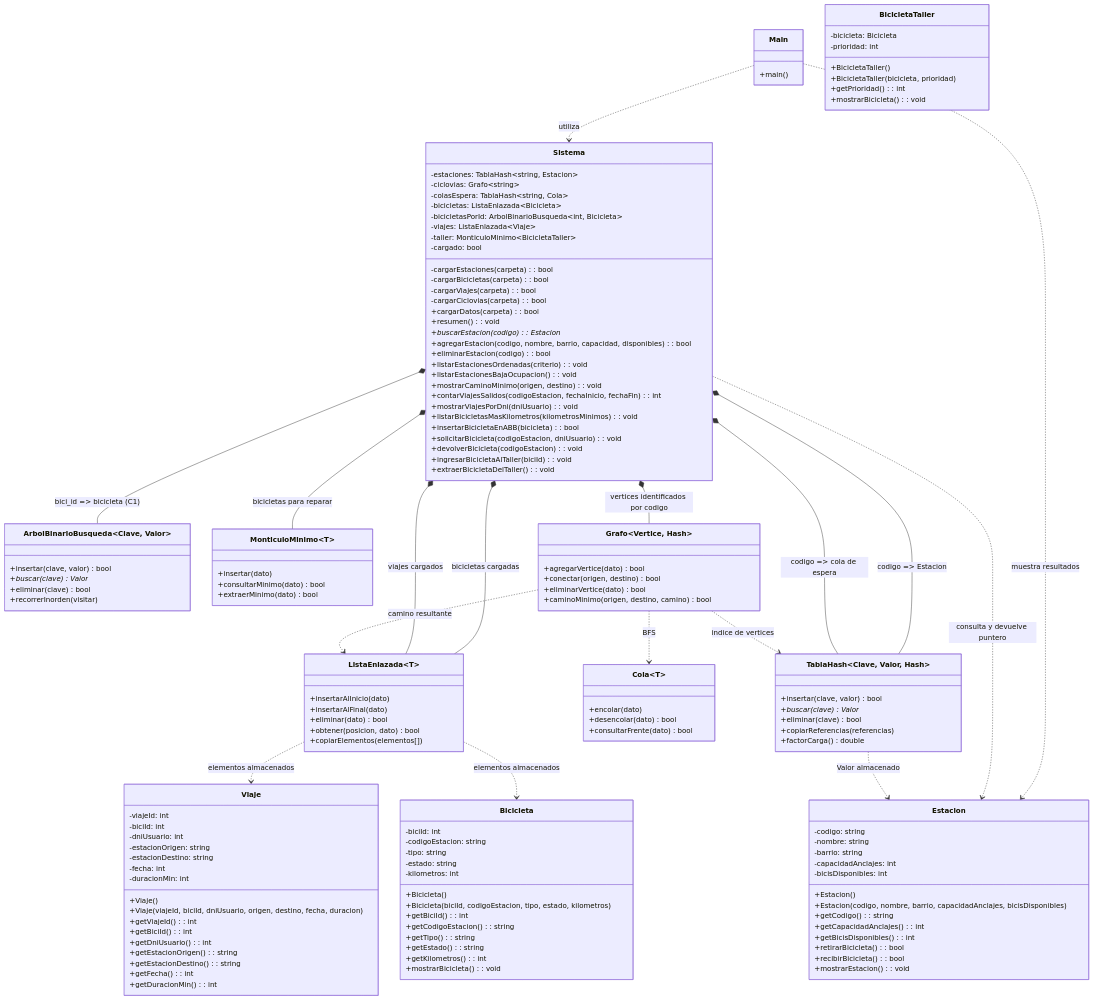
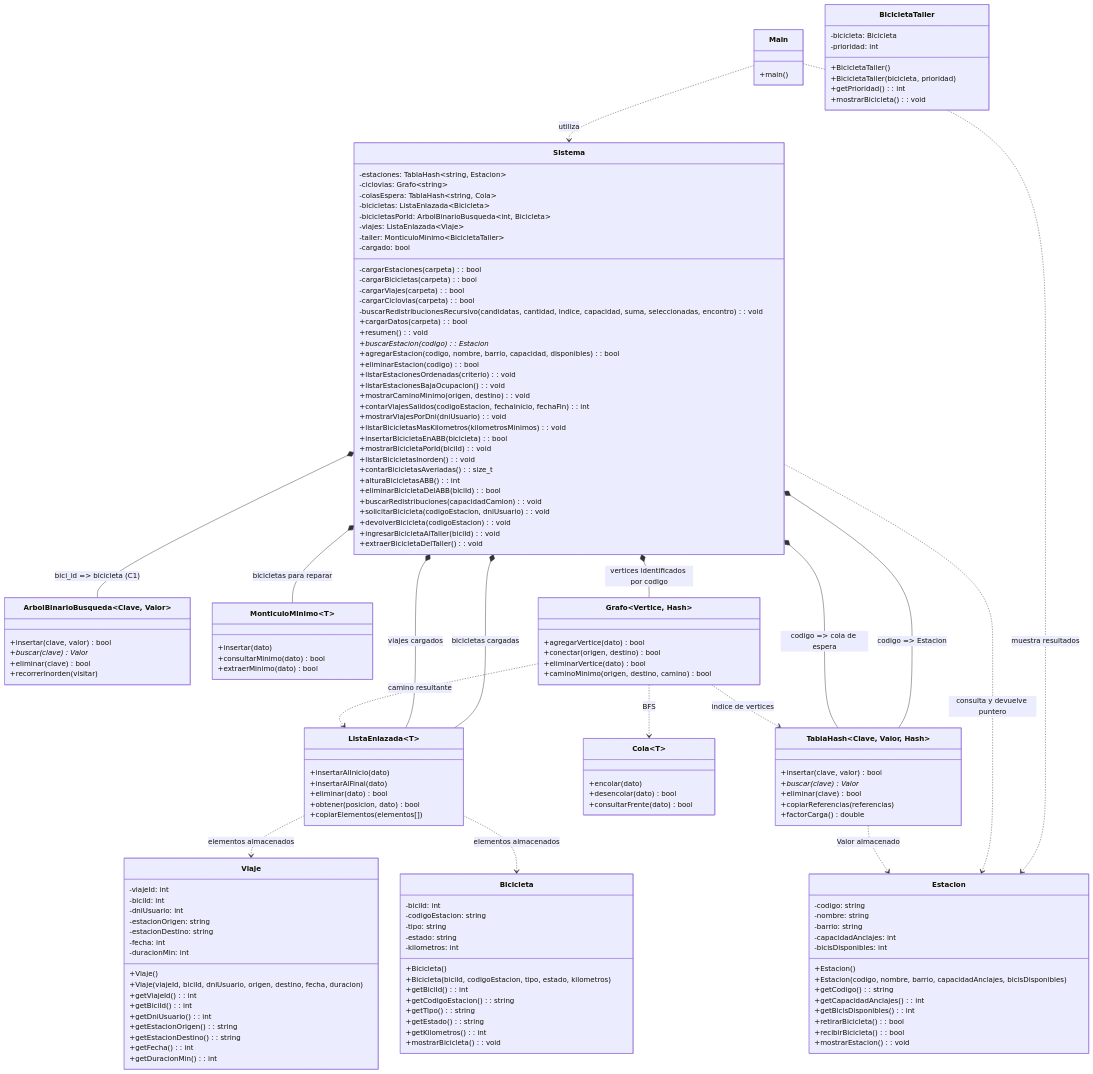
One commit to cberto/algoritmos changed the diagram in TP - Integrador/UML_ACTUAL.md. Above: the diagram before and after it, drawn with Mermaid. The commit also changed other lines of this file and 7 other files, not shown here.

```diff
--- a/TP - Integrador/UML_ACTUAL.md
+++ b/TP - Integrador/UML_ACTUAL.md
@@ -13,6 +13,7 @@
         -cargarBicicletas(carpeta): bool
         -cargarViajes(carpeta): bool
         -cargarCiclovias(carpeta): bool
+        -buscarRedistribucionesRecursivo(candidatas, cantidad, indice, capacidad, suma, seleccionadas, encontro): void
         -estaciones: TablaHash~string, Estacion~
         -ciclovias: Grafo~string~
         -colasEspera: TablaHash~string, Cola<int>~
@@ -33,6 +34,12 @@
         +mostrarViajesPorDni(dniUsuario): void
         +listarBicicletasMasKilometros(kilometrosMinimos): void
         +insertarBicicletaEnABB(bicicleta): bool
+        +mostrarBicicletaPorId(biciId): void
+        +listarBicicletasInorden(): void
+        +contarBicicletasAveriadas(): size_t
+        +alturaBicicletasABB(): int
+        +eliminarBicicletaDelABB(biciId): bool
+        +buscarRedistribuciones(capacidadCamion): void
         +solicitarBicicleta(codigoEstacion, dniUsuario): void
         +devolverBicicleta(codigoEstacion): void
         +ingresarBicicletaAlTaller(biciId): void
```
